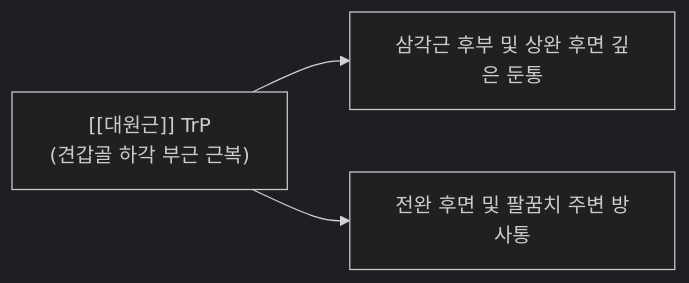
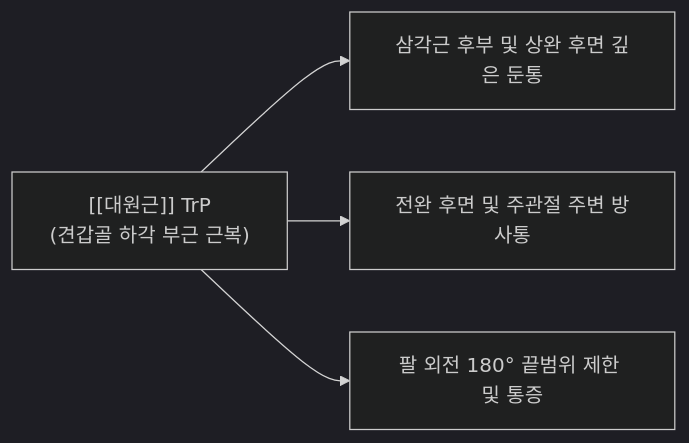
The third of 3 diagrams in content/1. 근골격계 공부/근육/(4) 어깨/대원근.md (simbio11/simbio-digital-garden2), drawn with Mermaid (dark theme) before and after one commit. The commit also changed other lines of this file and 150 other files, not shown here.

````diff
--- a/content/1. 근골격계 공부/근육/(4) 어깨/대원근.md
+++ b/content/1. 근골격계 공부/근육/(4) 어깨/대원근.md
@@ -65,6 +81,6 @@
 ```mermaid
 flowchart LR
-    TP["[[대원근]] TrP
-(견갑골 하각 부근 근복)"] --> Zone1["삼각근 후부 및 상완 후면 깊은 둔통"]
-    TP --> Zone2["전완 후면 및 팔꿈치 주변 방사통"]
+    TP["[[대원근]] TrP<br>(견갑골 하각 부근 근복)"] --> Zone1["삼각근 후부 및 상완 후면 깊은 둔통"]
+    TP --> Zone2["전완 후면 및 주관절 주변 방사통"]
+    TP --> Zone3["팔 외전 180° 끝범위 제한 및 통증"]
 ```
````
